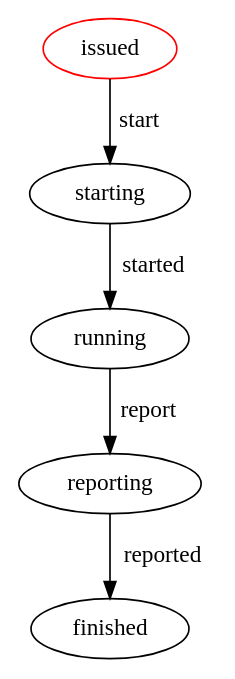
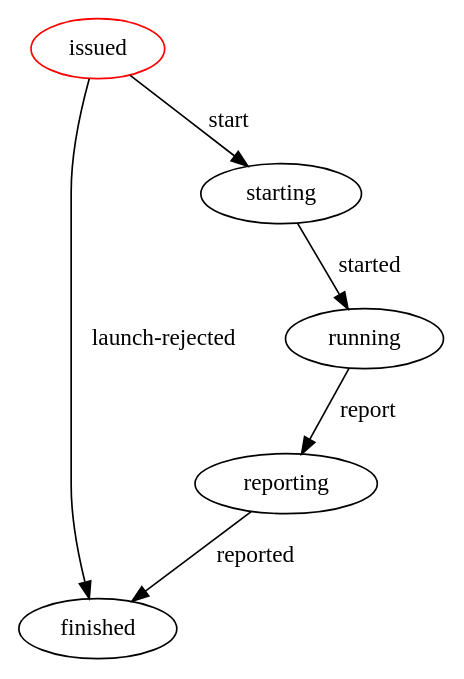
Before and after one commit to ChristopherScot/kaneo-dispatcher: the diagram in docs/command-fsm.dot, drawn with Graphviz. The commit also changed 14 other files, not shown here.

```diff
--- a/docs/command-fsm.dot
+++ b/docs/command-fsm.dot
@@ -1,12 +1,13 @@
 digraph fsm {
+    "issued" -> "finished" [ label = "launch-rejected" ];
     "issued" -> "starting" [ label = "start" ];
     "reporting" -> "finished" [ label = "reported" ];
     "running" -> "reporting" [ label = "report" ];
     "starting" -> "running" [ label = "started" ];
 
     "finished";
     "issued" [color = "red"];
     "reporting";
     "running";
     "starting";
 }
```
